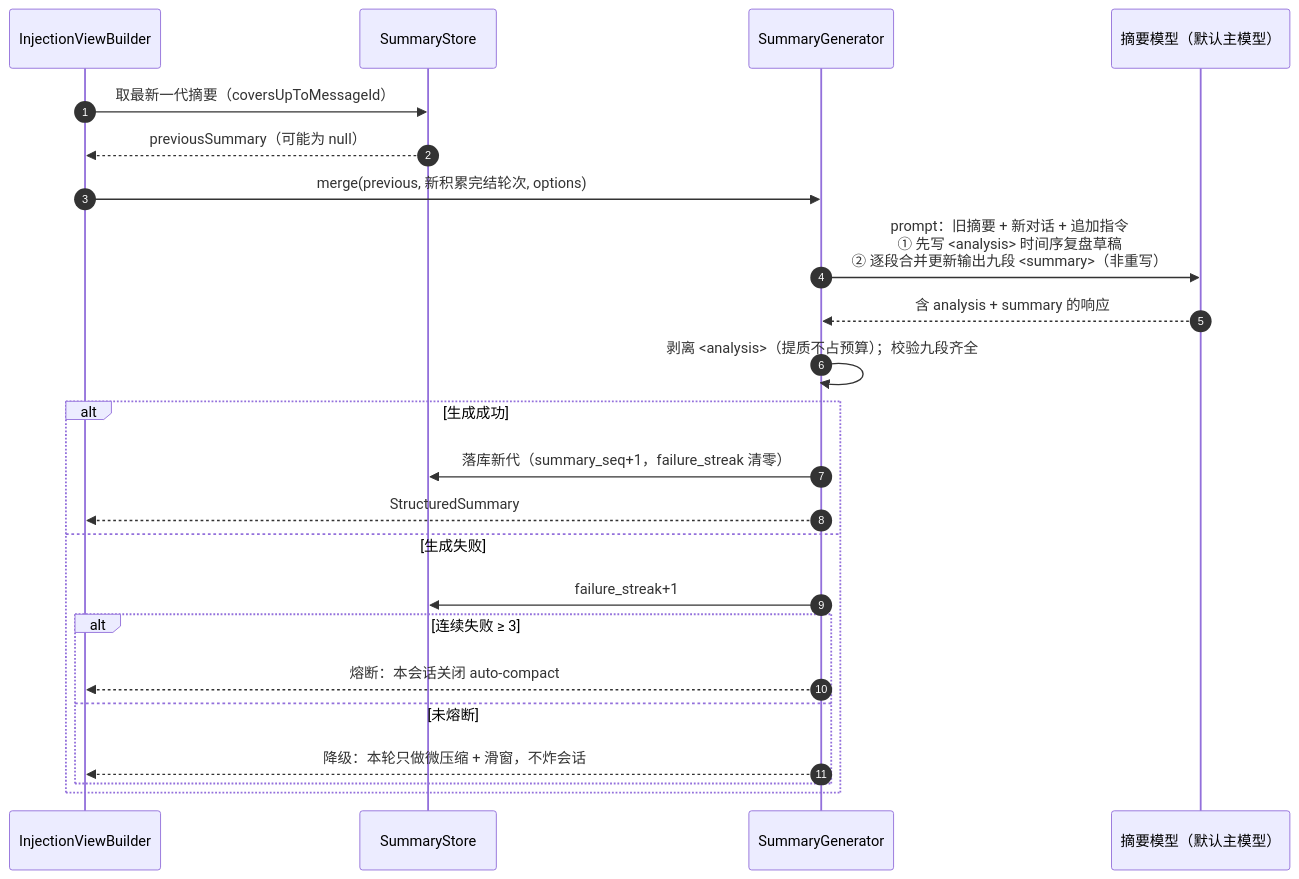
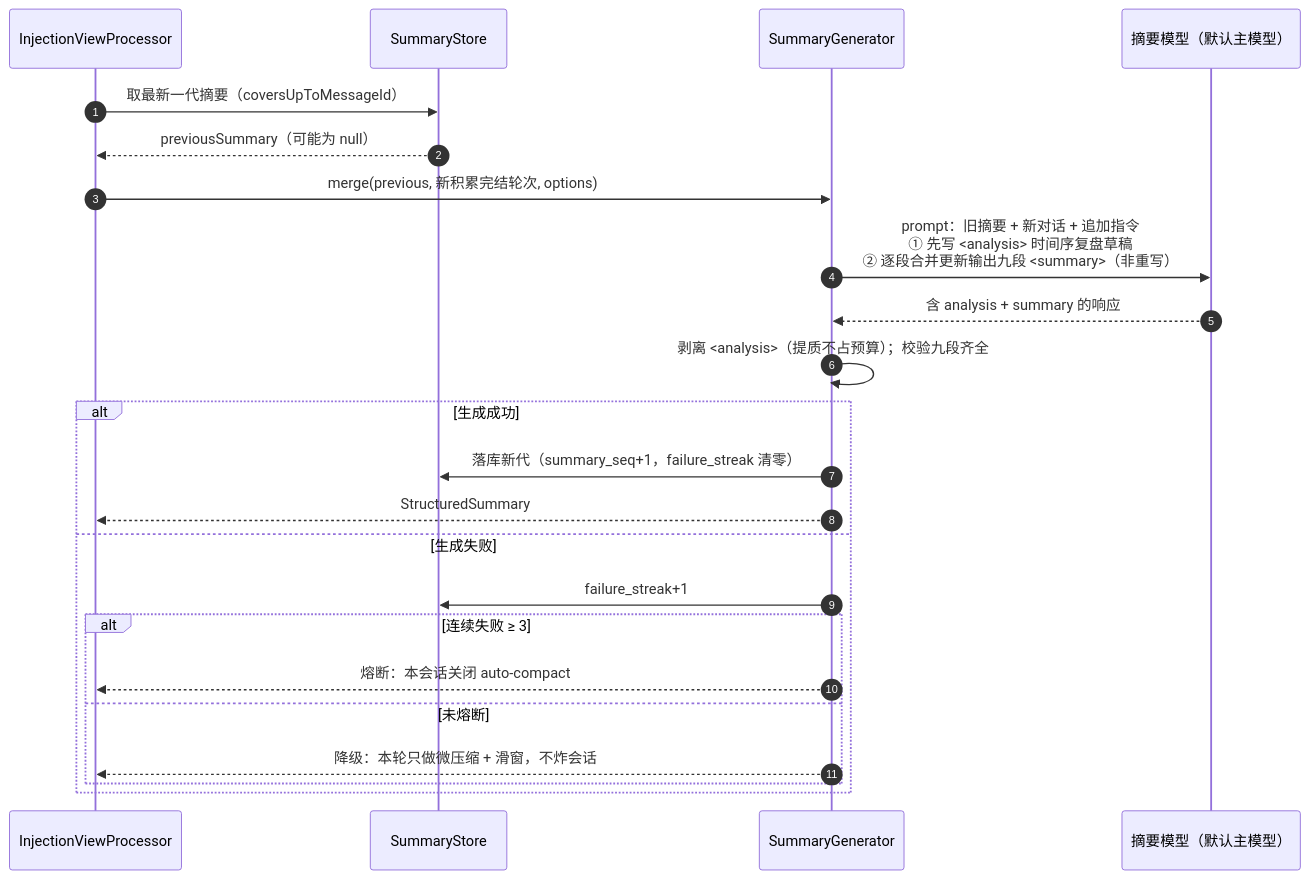
One commit to chyuan-cuihongyuan/spring-ai-mount-buzhou changed the third of 3 diagrams in docs/spec/01-memory-compaction.md. Above: the diagram before and after it, drawn with Mermaid. The commit also changed other lines of this file and 477 other files, not shown here.

````diff
--- a/docs/spec/01-memory-compaction.md
+++ b/docs/spec/01-memory-compaction.md
@@ -412,26 +412,26 @@
 ```mermaid
 sequenceDiagram
     autonumber
-    participant VB as InjectionViewBuilder
+    participant VB as InjectionViewProcessor
     participant SS as SummaryStore
     participant SG as SummaryGenerator
     participant LLM as 摘要模型（默认主模型）
 
     VB->>SS: 取最新一代摘要（coversUpToMessageId）
     SS-->>VB: previousSummary（可能为 null）
     VB->>SG: merge(previous, 新积累完结轮次, options)
     SG->>LLM: prompt：旧摘要 + 新对话 + 追加指令<br/>① 先写 <analysis> 时间序复盘草稿<br/>② 逐段合并更新输出九段 <summary>（非重写）
     LLM-->>SG: 含 analysis + summary 的响应
     SG->>SG: 剥离 <analysis>（提质不占预算）；校验九段齐全
     alt 生成成功
         SG->>SS: 落库新代（summary_seq+1，failure_streak 清零）
         SG-->>VB: StructuredSummary
     else 生成失败
         SG->>SS: failure_streak+1
         alt 连续失败 ≥ 3
             SG-->>VB: 熔断：本会话关闭 auto-compact
         else 未熔断
             SG-->>VB: 降级：本轮只做微压缩 + 滑窗，不炸会话
         end
     end
 ```
````
